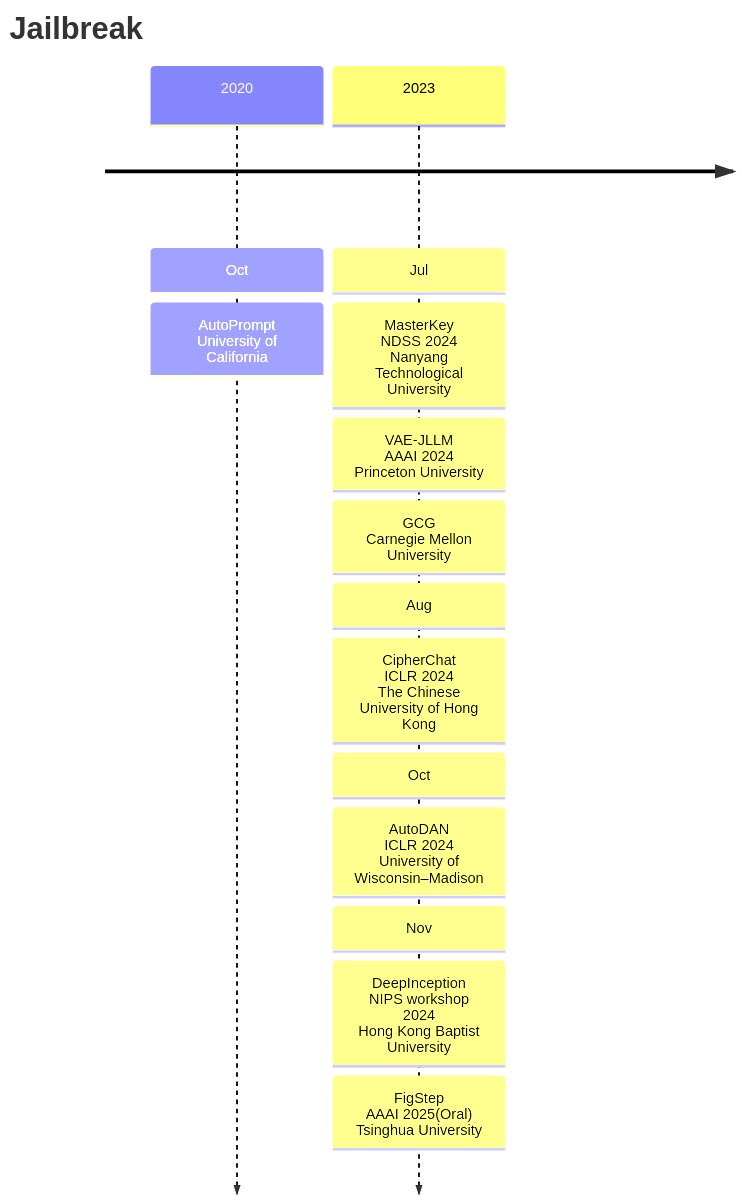
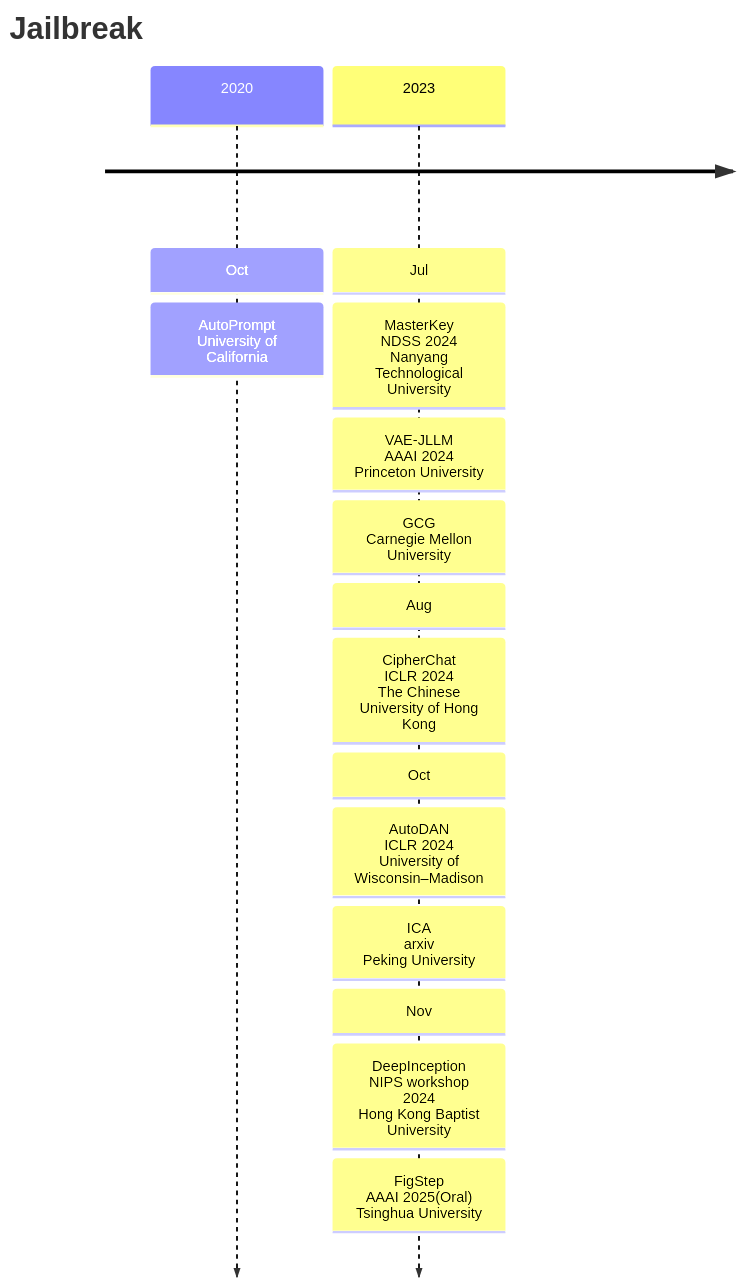
Before and after one commit to Elephant-King9/Paper: the first of 5 diagrams in Attack/Jailbreak/analyse.md, drawn with Mermaid. The commit also changed other lines of this file and 4 other files, not shown here.

````diff
--- a/Attack/Jailbreak/analyse.md
+++ b/Attack/Jailbreak/analyse.md
@@ -5,19 +5,20 @@
 ```mermaid
 timeline
     title Jailbreak
     	2020 : Oct
     			 : AutoPrompt<br>University of California
     	2023 : Jul
     			 : MasterKey<br>NDSS 2024<br>Nanyang Technological University
     			 : VAE-JLLM<br>AAAI 2024<br>Princeton University
     			 : GCG<br>Carnegie Mellon University
     			 : Aug
     			 : CipherChat<br>ICLR 2024<br>The Chinese University of Hong Kong
     			 : Oct
     			 : AutoDAN<br>ICLR 2024<br>University of Wisconsin–Madison
+    			 : ICA<br>arxiv<br>Peking University
     			 : Nov
     			 : DeepInception<br>NIPS workshop 2024<br>Hong Kong Baptist University
     			 : FigStep<br>AAAI 2025(Oral)<br>Tsinghua University
     			 
     
 ```
````
